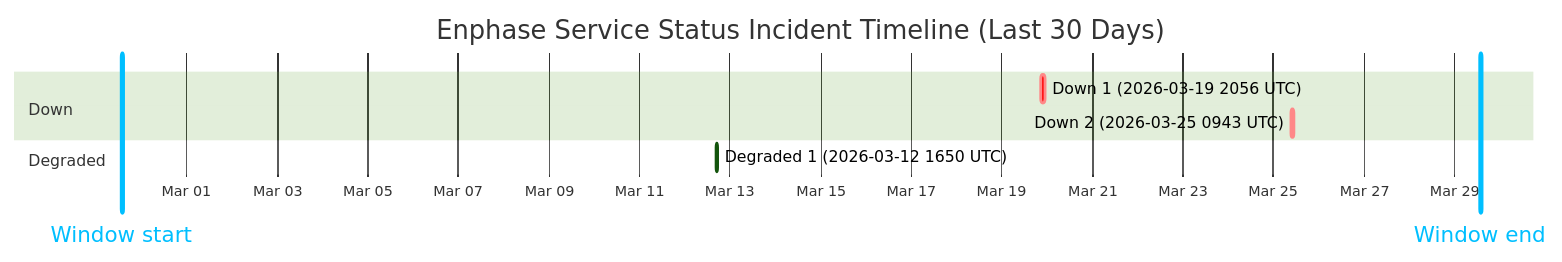
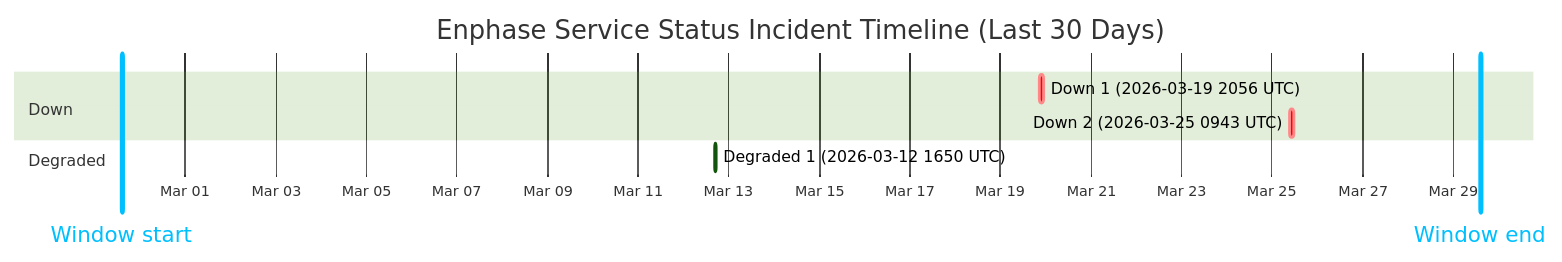
Before and after one commit to barneyonline/ha-enphase-ev-charger: the diagram in wiki/Service-Status-History.md, drawn with Mermaid (forest theme). The commit also changed other lines of this file and 3 other files, not shown here.

````diff
--- a/wiki/Service-Status-History.md
+++ b/wiki/Service-Status-History.md
@@ -14,13 +14,13 @@
 ```mermaid
 gantt
     title Enphase Service Status Incident Timeline (Last 30 Days)
     dateFormat  YYYY-MM-DDTHH:mm:ss
     axisFormat  %b %d
-    Window start :vert, window-start, 2026-02-27T13:45:31, 0ms
-    Window end :vert, window-end, 2026-03-29T13:45:31, 0ms
+    Window start :vert, window-start, 2026-02-27T14:25:54, 0ms
+    Window end :vert, window-end, 2026-03-29T14:25:54, 0ms
     section Down
     Down 1 (2026-03-19 2056 UTC) :crit, down-1, 2026-03-19T20:56:20, 145m
     Down 2 (2026-03-25 0943 UTC) :crit, down-2, 2026-03-25T09:43:28, 111m
     section Degraded
     Degraded 1 (2026-03-12 1650 UTC) :active, degraded-1, 2026-03-12T16:50:43, 60m
 ```
````
